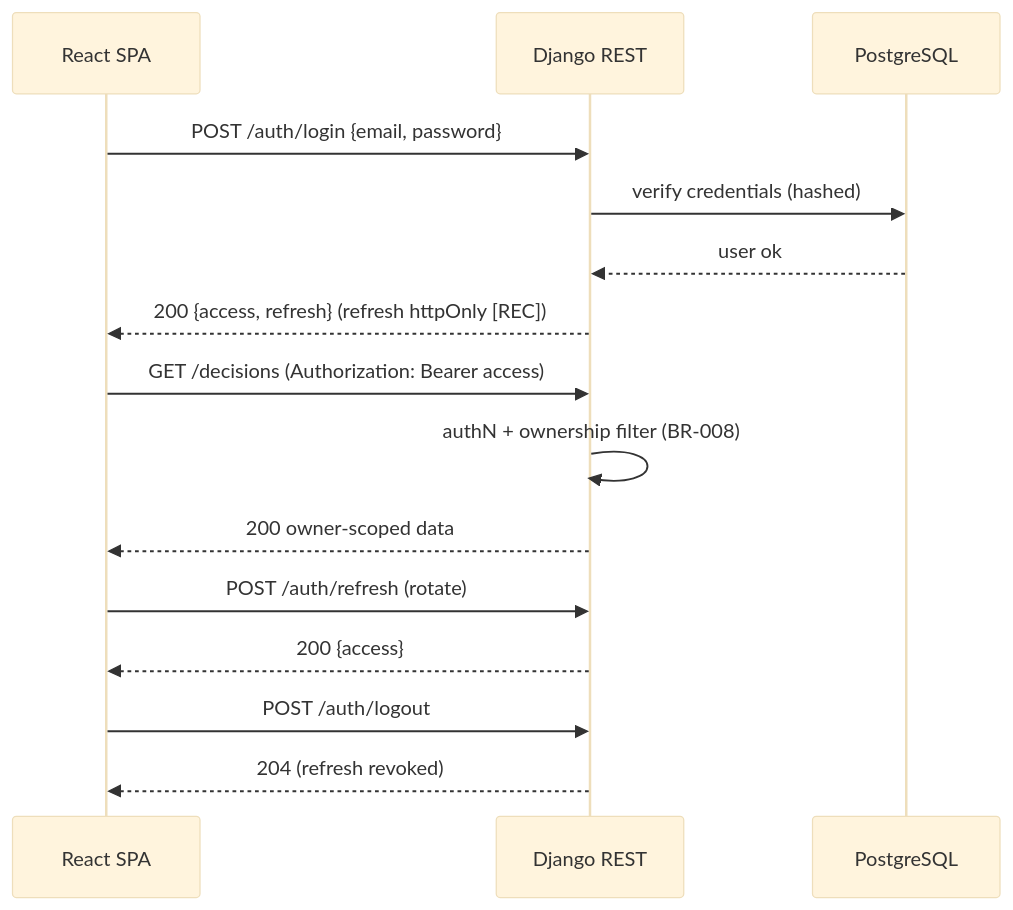
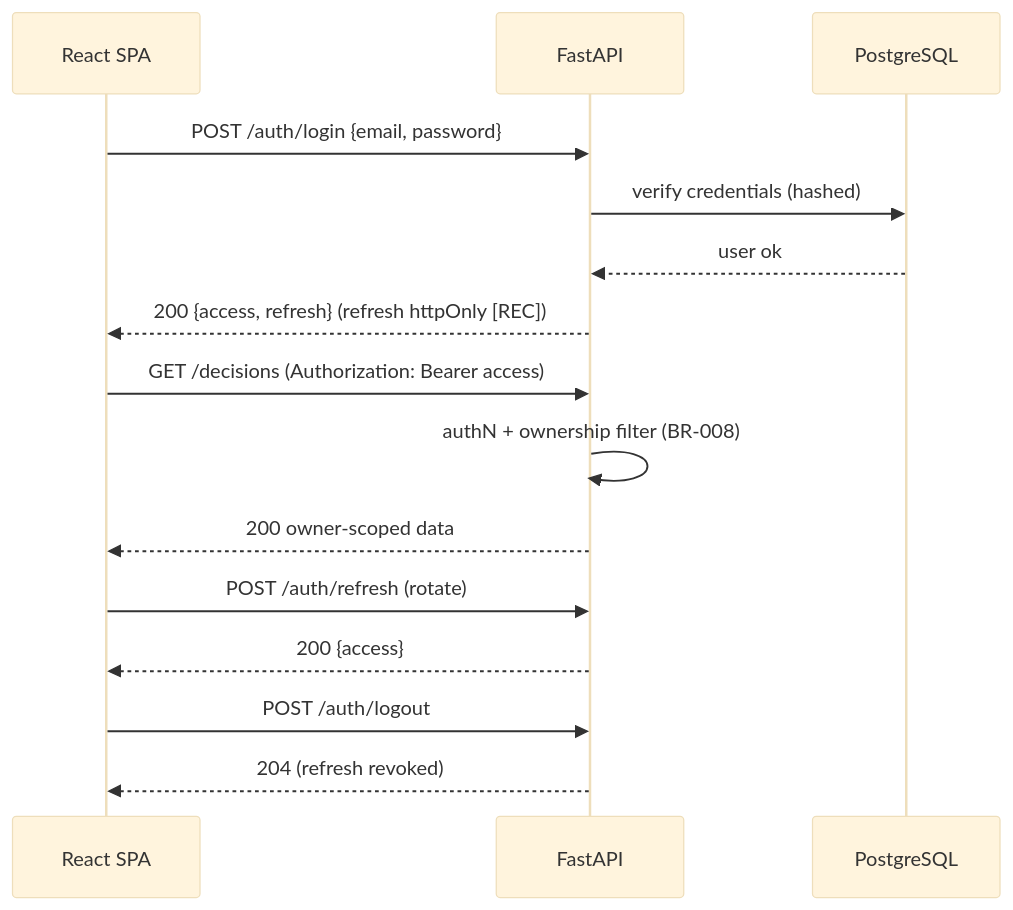
The third of 8 diagrams in docs/03-system-architecture.md (Dhananjay-Vaidya/Design-Forge), drawn with Mermaid (base theme) before and after one commit. The commit also changed other lines of this file and 200 other files, not shown here.

````diff
--- a/docs/03-system-architecture.md
+++ b/docs/03-system-architecture.md
@@ -115,17 +115,17 @@
 ```mermaid
 sequenceDiagram
     participant FE as React SPA
-    participant API as Django REST
+    participant API as FastAPI
     participant DB as PostgreSQL
     FE->>API: POST /auth/login {email, password}
     API->>DB: verify credentials (hashed)
     DB-->>API: user ok
     API-->>FE: 200 {access, refresh} (refresh httpOnly [REC])
     FE->>API: GET /decisions (Authorization: Bearer access)
     API->>API: authN + ownership filter (BR-008)
     API-->>FE: 200 owner-scoped data
     FE->>API: POST /auth/refresh (rotate)
     API-->>FE: 200 {access}
     FE->>API: POST /auth/logout
     API-->>FE: 204 (refresh revoked)
 ```
````
